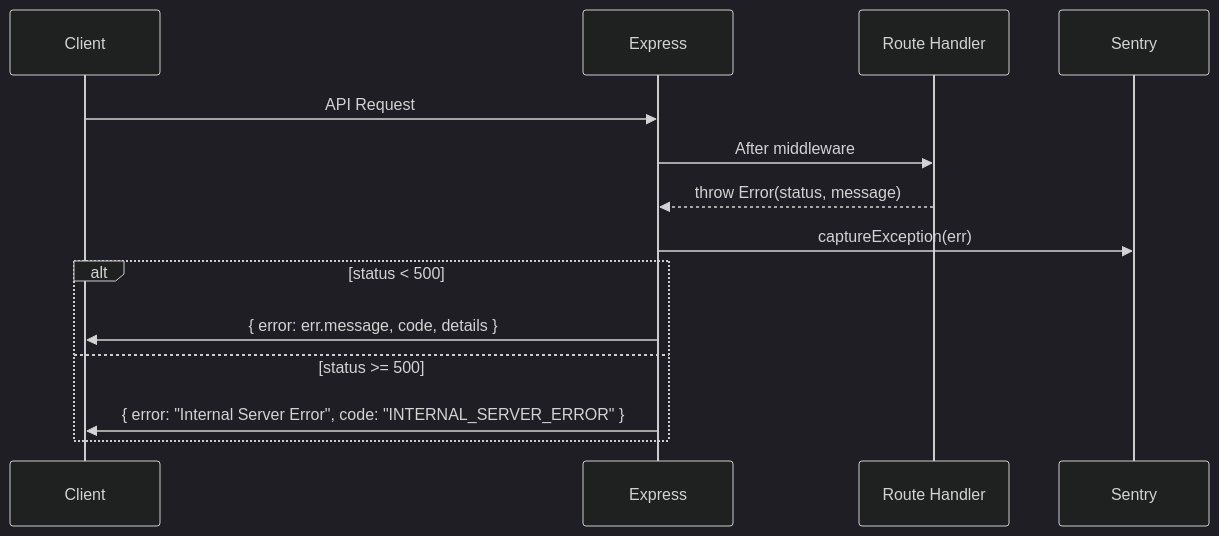
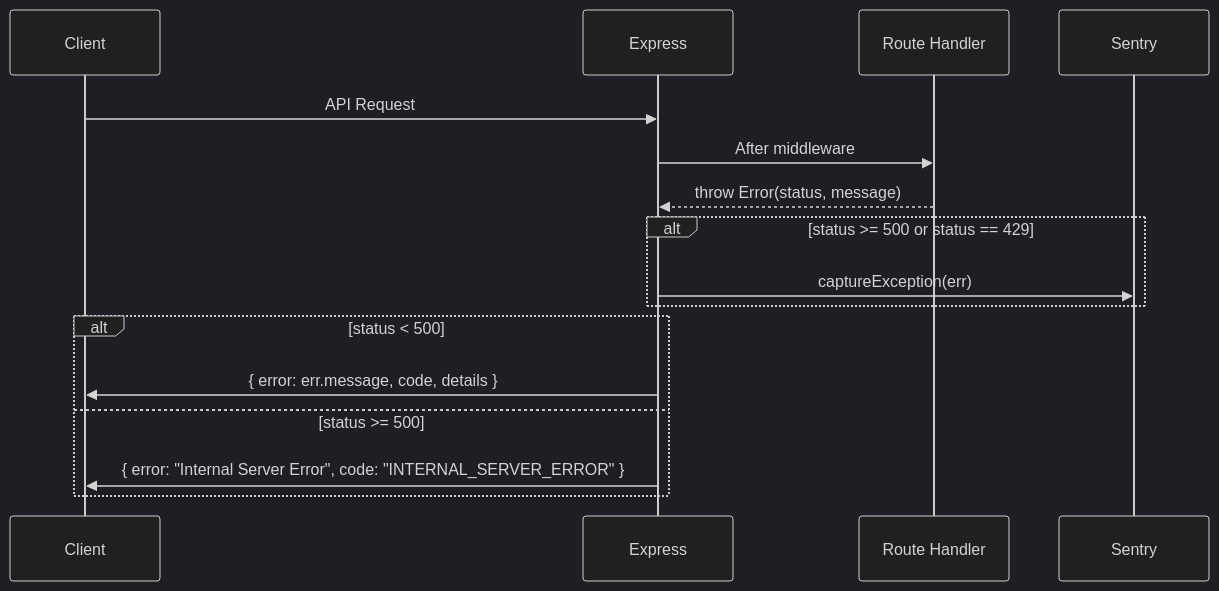
Before and after one commit to daler91/Hyrox-Companion: the diagram in docs/server.md, drawn with Mermaid (dark theme). The commit also changed other lines of this file and 2 other files, not shown here.

Commit message:
Docs drift: 3 updates
Fix documentation that fell out of sync with code changed in the past
week (commits e62ea8ad, 701ccedf, 7591bff5, 8219e837 among others):

- docs/api-reference.md: DELETE /api/v1/account described the old
  synchronous, non-resumable erasure route. Rewrote the side-effects
  list to match eraseAccount() in accountErasureService.ts (marker
  stamp first, vector-DB purge before the Clerk delete, no
  document_chunks FK cascade since it lives on a separate DB) and
  noted the stranded-erasure sweep.
- docs/database.md: the users table's column list was missing
  erasure_requested_at (added in migration 0092).
- docs/server.md: "All errors are reported to Sentry" is no longer
  true — shouldReportToSentry() now reports only 5xx and 429s. Updated
  the prose and the error-handling sequence diagram to match.

Claude-Session: https://claude.ai/code/session_01SaDFNryGRoE2kNoTumGAi4

````diff
--- a/docs/server.md
+++ b/docs/server.md
@@ -209,17 +209,19 @@
 ```mermaid
 sequenceDiagram
     participant Client
     participant Express
     participant Handler as Route Handler
     participant Sentry
     
     Client->>Express: API Request
     Express->>Handler: After middleware
     Handler-->>Express: throw Error(status, message)
-    Express->>Sentry: captureException(err)
+    alt status >= 500 or status == 429
+        Express->>Sentry: captureException(err)
+    end
     alt status < 500
         Express->>Client: { error: err.message, code, details }
     else status >= 500
         Express->>Client: { error: "Internal Server Error", code: "INTERNAL_SERVER_ERROR" }
     end
 ```
````
